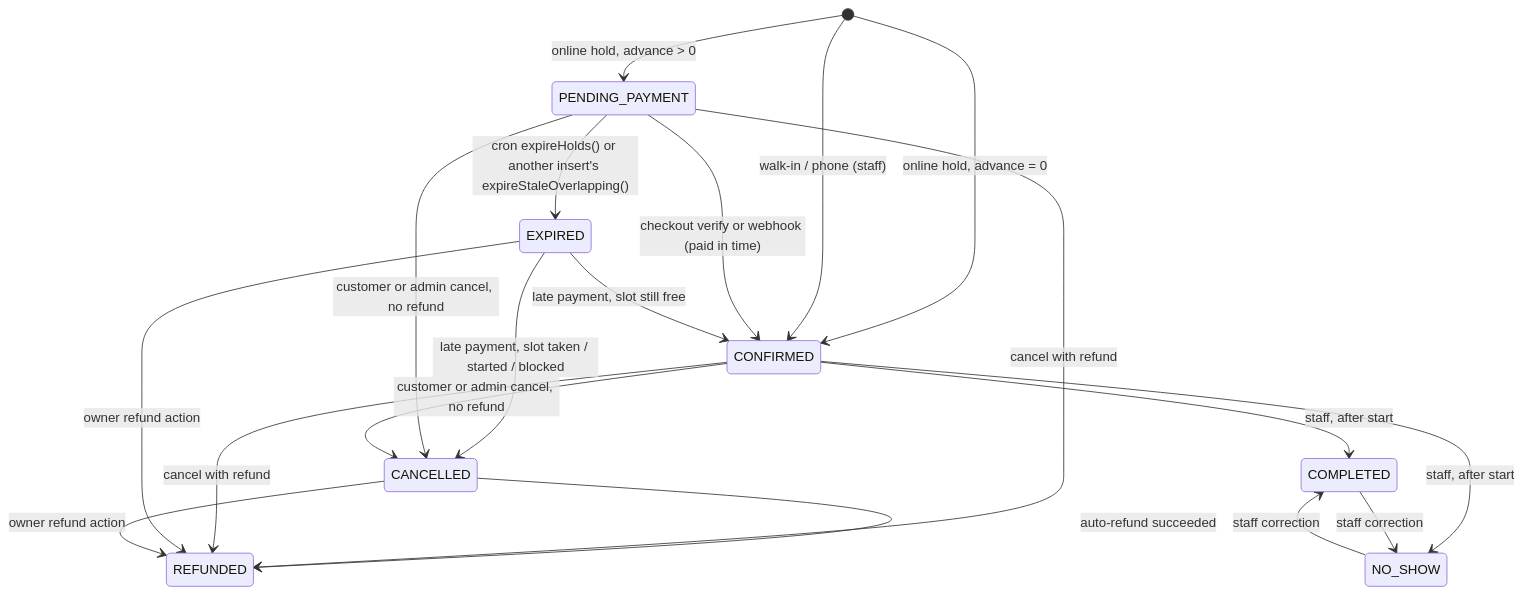
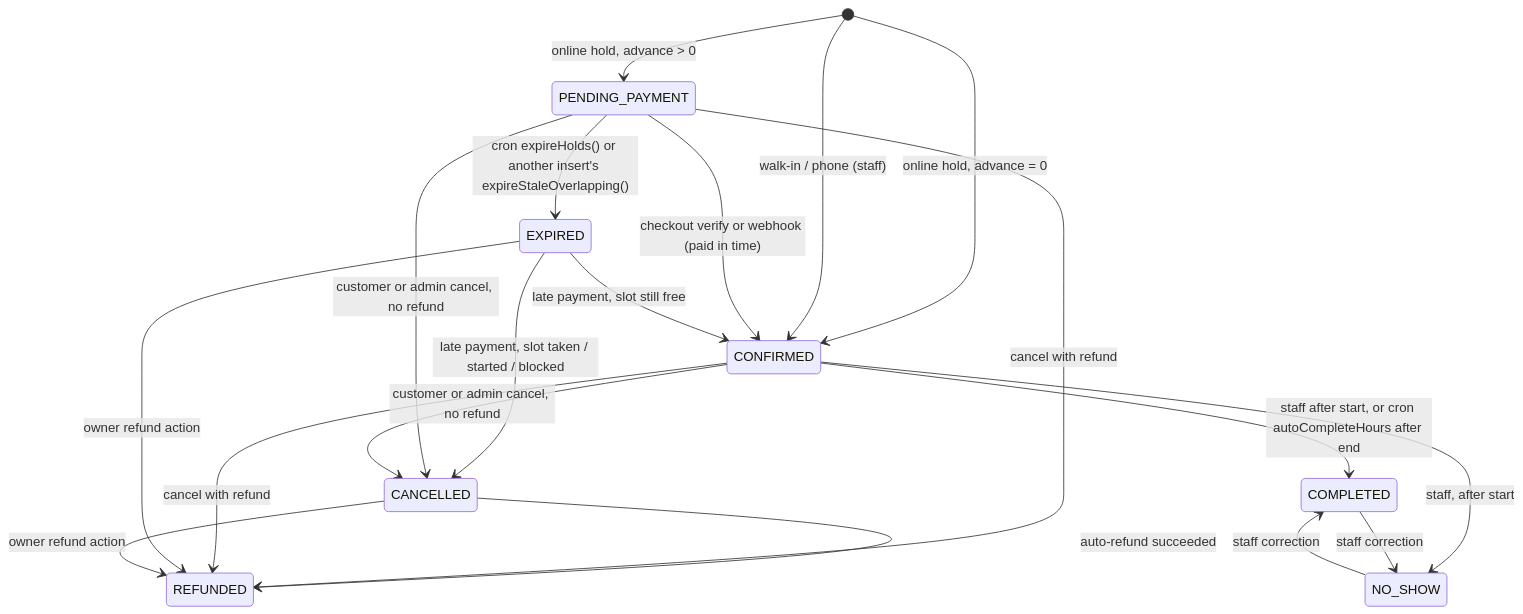
The third of 12 diagrams in docs/ARCHITECTURE.md (madhu-jersey/CRICKET-TURF), drawn with Mermaid before and after one commit. The commit also changed other lines of this file and 35 other files, not shown here.

First line of the commit message:
P3 hardening: no-show reset, cron cleanup, auto-complete, cache invalidation, price notice, raw SQL guard, tap targets

````diff
--- a/docs/ARCHITECTURE.md
+++ b/docs/ARCHITECTURE.md
@@ -403,21 +407,21 @@
 ```mermaid
 stateDiagram-v2
   [*] --> PENDING_PAYMENT: online hold, advance > 0
   [*] --> CONFIRMED: online hold, advance = 0
   [*] --> CONFIRMED: walk-in / phone (staff)
   PENDING_PAYMENT --> CONFIRMED: checkout verify or webhook (paid in time)
   PENDING_PAYMENT --> EXPIRED: cron expireHolds() or another insert's expireStaleOverlapping()
   EXPIRED --> CONFIRMED: late payment, slot still free
   EXPIRED --> CANCELLED: late payment, slot taken / started / blocked
   CANCELLED --> REFUNDED: auto-refund succeeded
   PENDING_PAYMENT --> CANCELLED: customer or admin cancel, no refund
   CONFIRMED --> CANCELLED: customer or admin cancel, no refund
   PENDING_PAYMENT --> REFUNDED: cancel with refund
   CONFIRMED --> REFUNDED: cancel with refund
-  CONFIRMED --> COMPLETED: staff, after start
+  CONFIRMED --> COMPLETED: staff after start, or cron autoCompleteHours after end
   CONFIRMED --> NO_SHOW: staff, after start
   COMPLETED --> NO_SHOW: staff correction
   NO_SHOW --> COMPLETED: staff correction
   EXPIRED --> REFUNDED: owner refund action
   CANCELLED --> REFUNDED: owner refund action
 ```
````
